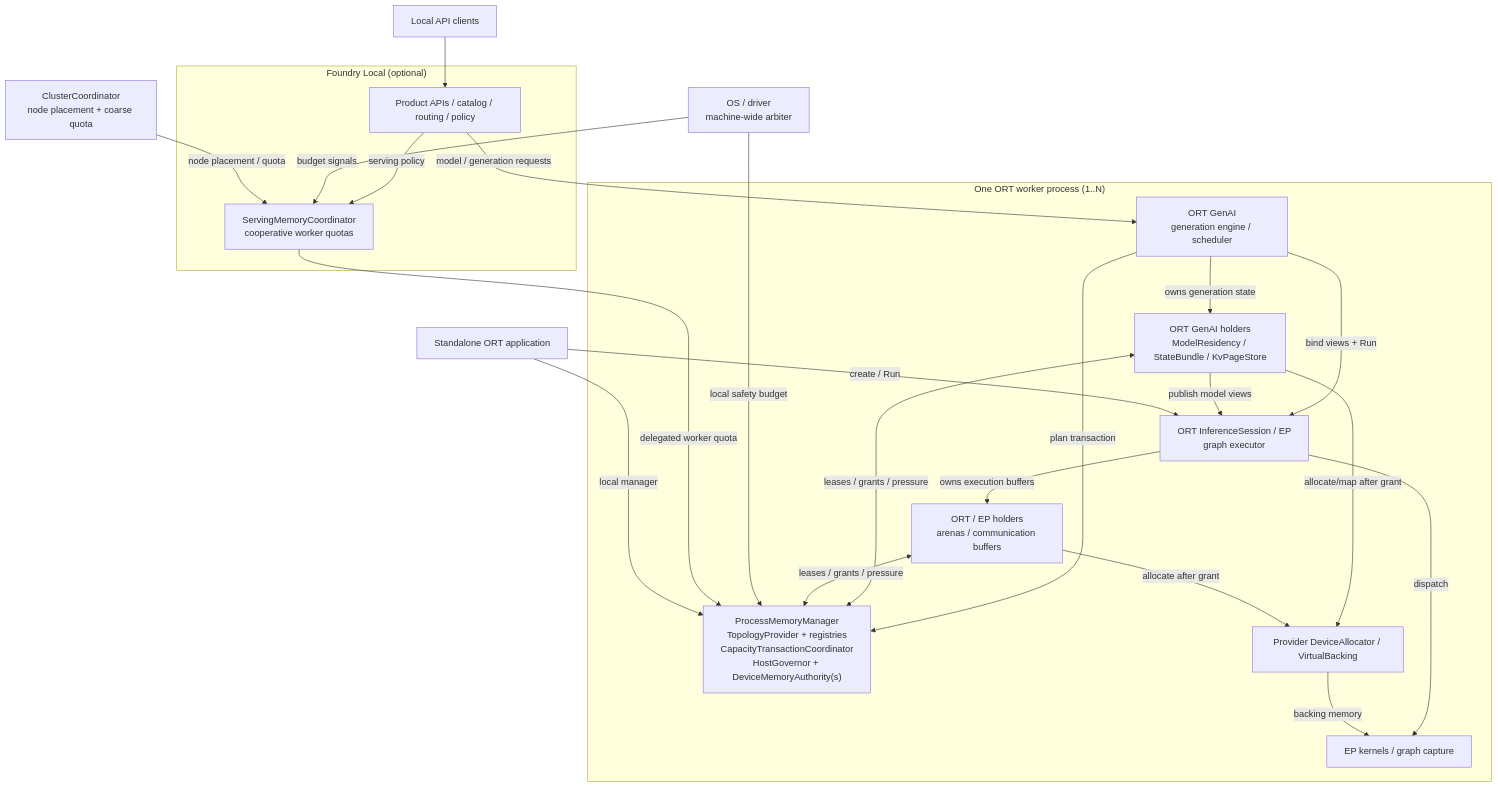
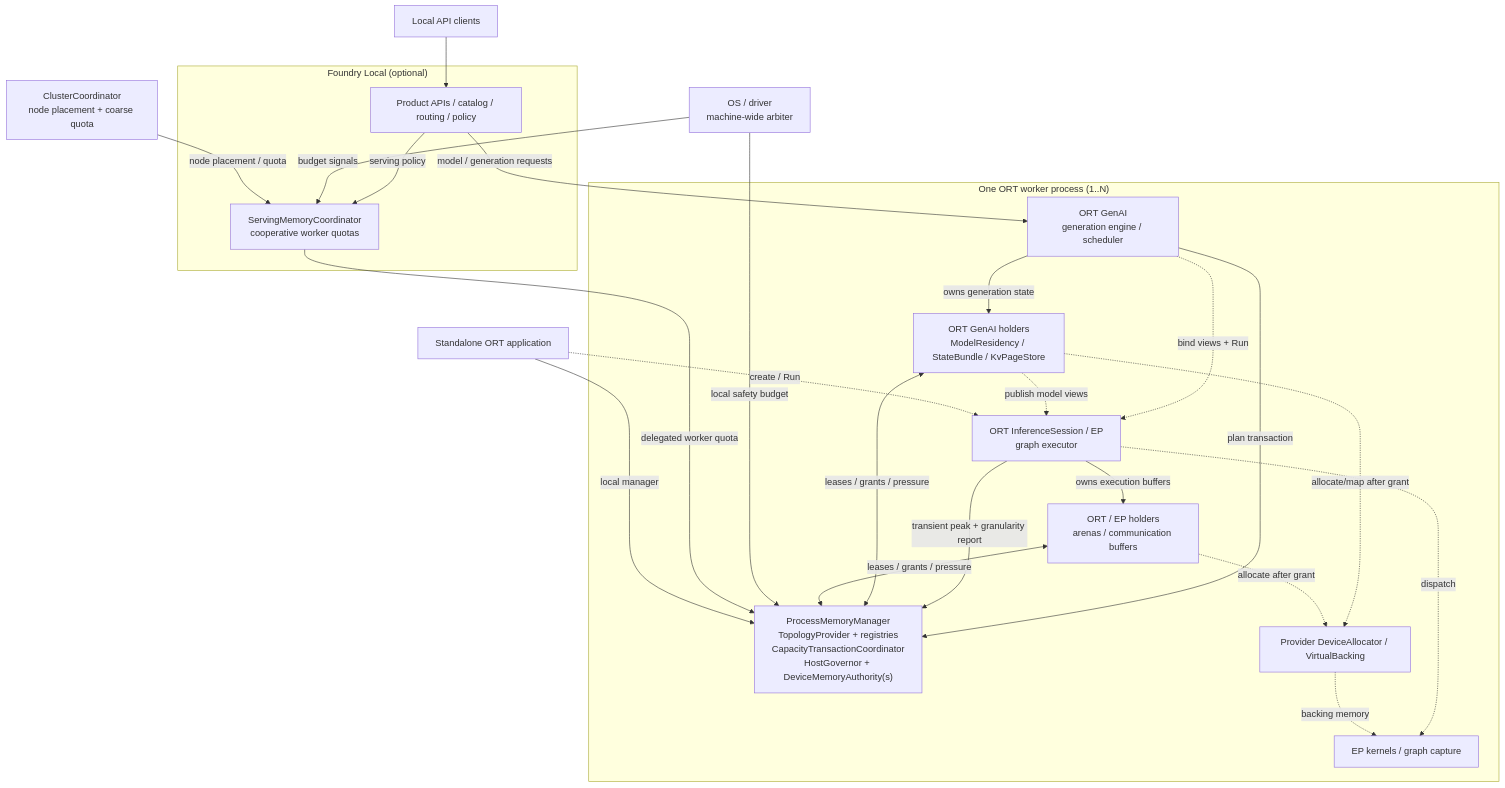
One commit to justinchuby/onnx-genai changed the diagram in docs/MEMORY_MANAGEMENT_MODEL_DESIGN.md. Above: the diagram before and after it, drawn with Mermaid. The commit also changed other lines of this file, not shown here.

First line of the commit message:
docs(memory-design): write the motivation for an ORT reviewer; fix a missing edge in the architecture diagram

````diff
--- a/docs/MEMORY_MANAGEMENT_MODEL_DESIGN.md
+++ b/docs/MEMORY_MANAGEMENT_MODEL_DESIGN.md
@@ -98,44 +155,45 @@
 ```mermaid
 flowchart TB
     OS["OS / driver<br/>machine-wide arbiter"]
     Cluster["ClusterCoordinator<br/>node placement + coarse quota"]
     Client["Local API clients"]
     Standalone["Standalone ORT application"]
 
     subgraph Foundry["Foundry Local (optional)"]
         Product["Product APIs / catalog / routing / policy"]
         Serving["ServingMemoryCoordinator<br/>cooperative worker quotas"]
         Product -->|"serving policy"| Serving
     end
 
     subgraph Worker["One ORT worker process (1..N)"]
         GenAI["ORT GenAI<br/>generation engine / scheduler"]
         GenHolders["ORT GenAI holders<br/>ModelResidency / StateBundle / KvPageStore"]
         Session["ORT InferenceSession / EP<br/>graph executor"]
         OrtHolders["ORT / EP holders<br/>arenas / communication buffers"]
         PMM["ProcessMemoryManager<br/>TopologyProvider + registries<br/>CapacityTransactionCoordinator<br/>HostGovernor + DeviceMemoryAuthority(s)"]
         Alloc["Provider DeviceAllocator / VirtualBacking"]
         Kernel["EP kernels / graph capture"]
 
         GenAI -->|"owns generation state"| GenHolders
         Session -->|"owns execution buffers"| OrtHolders
         GenAI -->|"plan transaction"| PMM
-        GenAI -->|"bind views + Run"| Session
+        Session -->|"transient peak + granularity report"| PMM
+        GenAI -.->|"bind views + Run"| Session
         GenHolders <-->|"leases / grants / pressure"| PMM
         OrtHolders <-->|"leases / grants / pressure"| PMM
-        GenHolders -->|"allocate/map after grant"| Alloc
-        OrtHolders -->|"allocate after grant"| Alloc
-        GenHolders -->|"publish model views"| Session
-        Session -->|"dispatch"| Kernel
-        Alloc -->|"backing memory"| Kernel
+        GenHolders -.->|"allocate/map after grant"| Alloc
+        OrtHolders -.->|"allocate after grant"| Alloc
+        GenHolders -.->|"publish model views"| Session
+        Session -.->|"dispatch"| Kernel
+        Alloc -.->|"backing memory"| Kernel
     end
 
     Client --> Product
     Product -->|"model / generation requests"| GenAI
     OS -->|"budget signals"| Serving
     OS -->|"local safety budget"| PMM
     Cluster -->|"node placement / quota"| Serving
     Serving -->|"delegated worker quota"| PMM
     Standalone -->|"local manager"| PMM
-    Standalone -->|"create / Run"| Session
+    Standalone -.->|"create / Run"| Session
 ```
````
